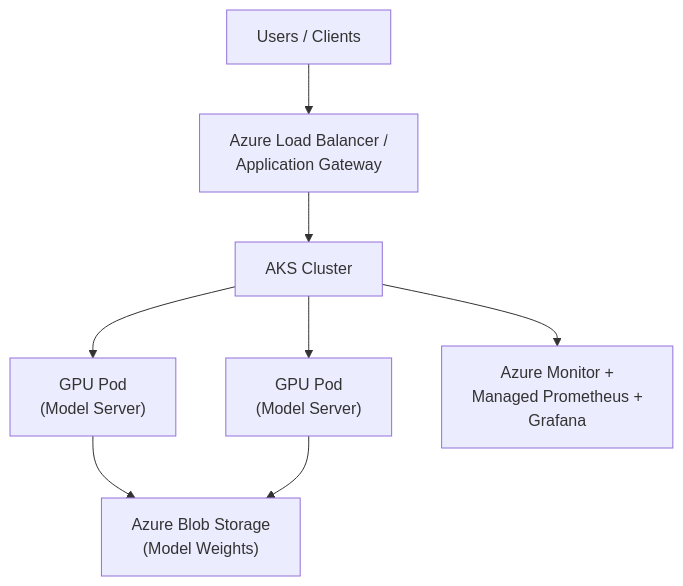
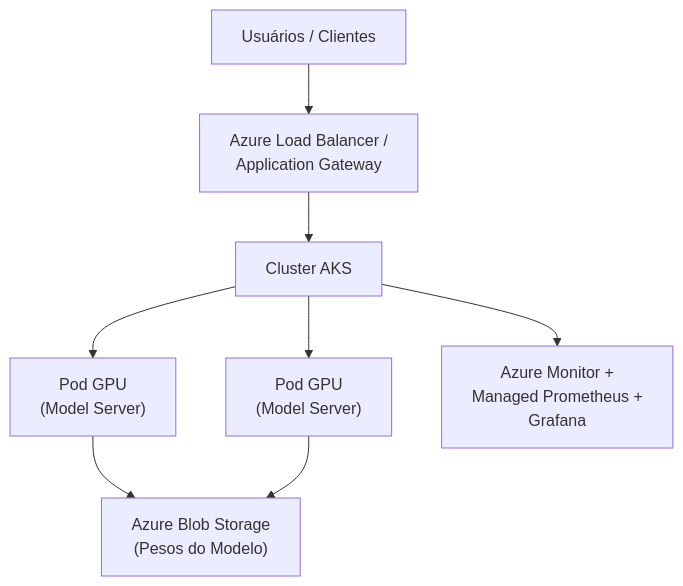
Before and after one commit to ricmmartins/ai-for-infra-pros: the diagram in docs/chapters/03-compute.md, drawn with Mermaid. The commit also changed other lines of this file and 20 other files, not shown here.

````diff
--- a/docs/chapters/03-compute.md
+++ b/docs/chapters/03-compute.md
@@ -245,10 +245,10 @@
 ```mermaid
  graph TD
-     A["Users / Clients"] --> B["Azure Load Balancer /<br/>Application Gateway"]
-     B --> C["AKS Cluster"]
-     C --> D["GPU Pod<br/>(Model Server)"]
-     C --> E["GPU Pod<br/>(Model Server)"]
-     D --> F["Azure Blob Storage<br/>(Model Weights)"]
+     A["Usuários / Clientes"] --> B["Azure Load Balancer /<br/>Application Gateway"]
+     B --> C["Cluster AKS"]
+     C --> D["Pod GPU<br/>(Model Server)"]
+     C --> E["Pod GPU<br/>(Model Server)"]
+     D --> F["Azure Blob Storage<br/>(Pesos do Modelo)"]
      E --> F
      C --> G["Azure Monitor +<br/>Managed Prometheus +<br/>Grafana"]                              
 ```
````
